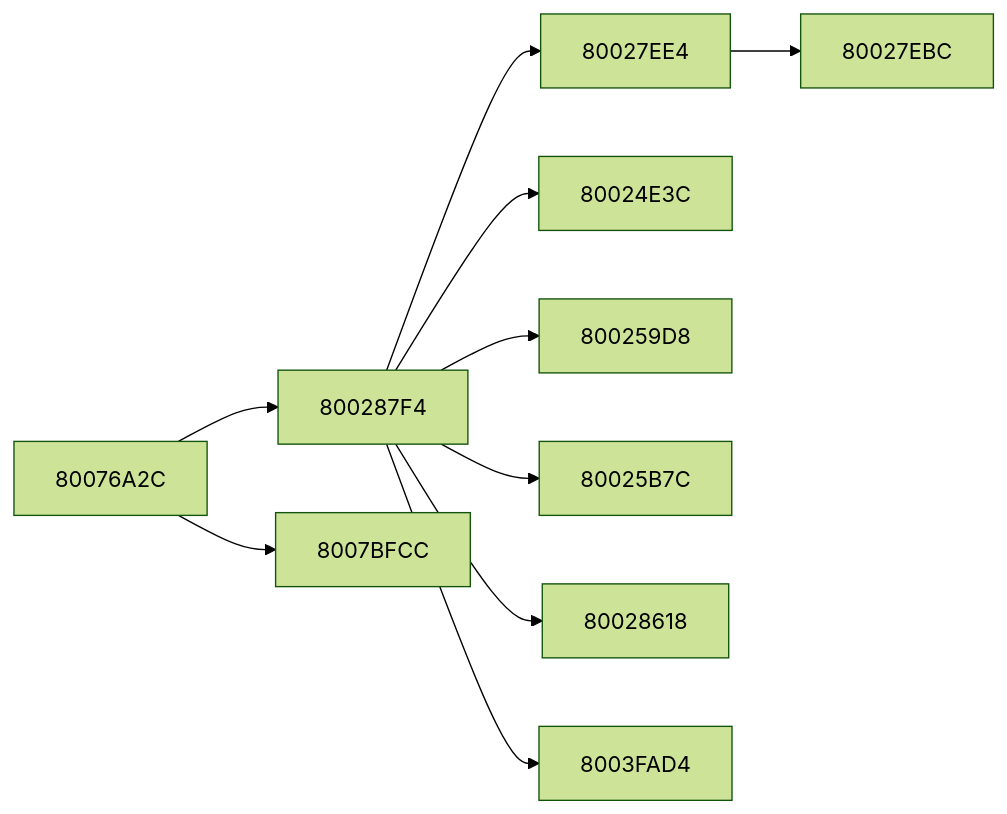
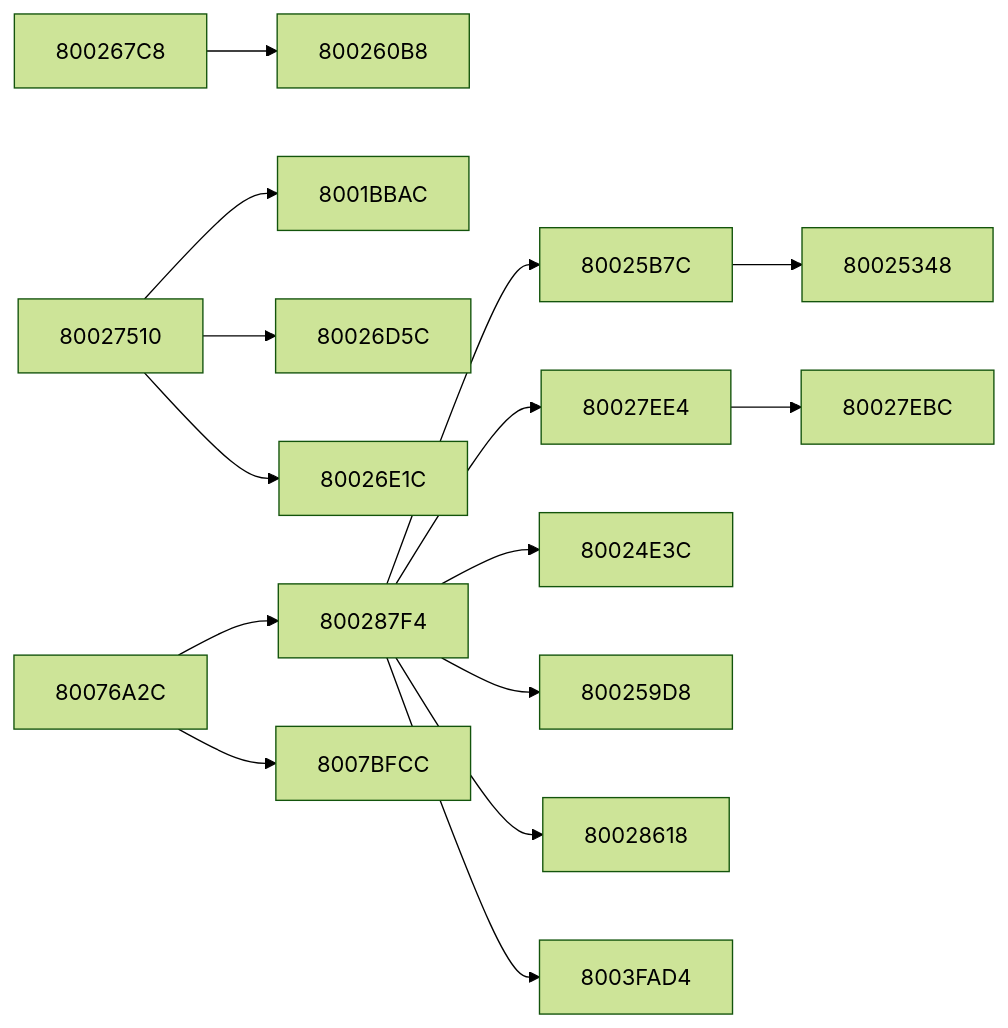
One commit to kai-luni/Future-Cop-L.A.P.D-PS1 changed the second of 11 diagrams in docs/FUNCTION_MAP.md. Above: the diagram before and after it, drawn with Mermaid (forest theme). The commit also changed other lines of this file, not shown here.

````diff
--- a/docs/FUNCTION_MAP.md
+++ b/docs/FUNCTION_MAP.md
@@ -64,22 +69,34 @@
 ```mermaid
 graph LR
+    f80025b7c --> f80025348
+    f800267c8 --> f800260b8
+    f80027510 --> f8001bbac
+    f80027510 --> f80026d5c
+    f80027510 --> f80026e1c
     f80027ee4 --> f80027ebc
     f800287f4 --> f80024e3c
     f800287f4 --> f800259d8
     f800287f4 --> f80025b7c
     f800287f4 --> f80027ee4
     f800287f4 --> f80028618
     f800287f4 --> f8003fad4
     f80076a2c --> f800287f4
     f80076a2c --> f8007bfcc
+    f8001bbac["8001BBAC"]
     f80024e3c["80024E3C"]
+    f80025348["80025348"]
     f800259d8["800259D8"]
     f80025b7c["80025B7C"]
+    f800260b8["800260B8"]
+    f800267c8["800267C8"]
+    f80026d5c["80026D5C"]
+    f80026e1c["80026E1C"]
+    f80027510["80027510"]
     f80027ebc["80027EBC"]
     f80027ee4["80027EE4"]
     f80028618["80028618"]
     f800287f4["800287F4"]
     f8003fad4["8003FAD4"]
     f80076a2c["80076A2C"]
     f8007bfcc["8007BFCC"]
 ```
````
